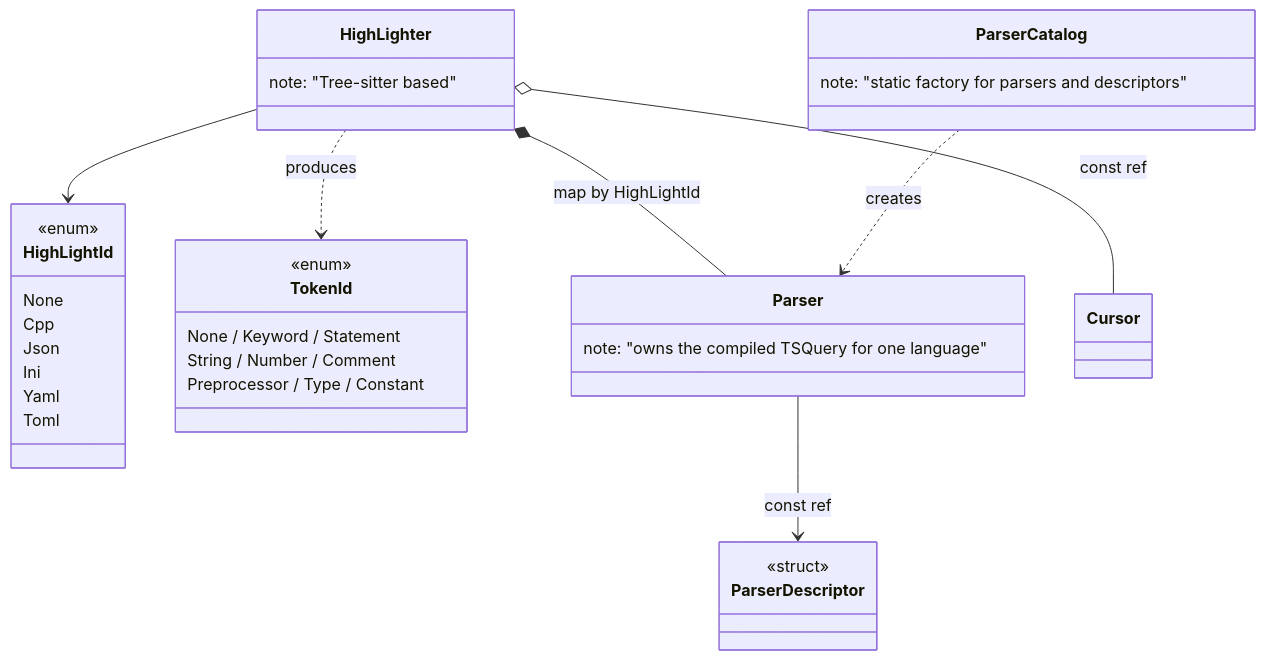
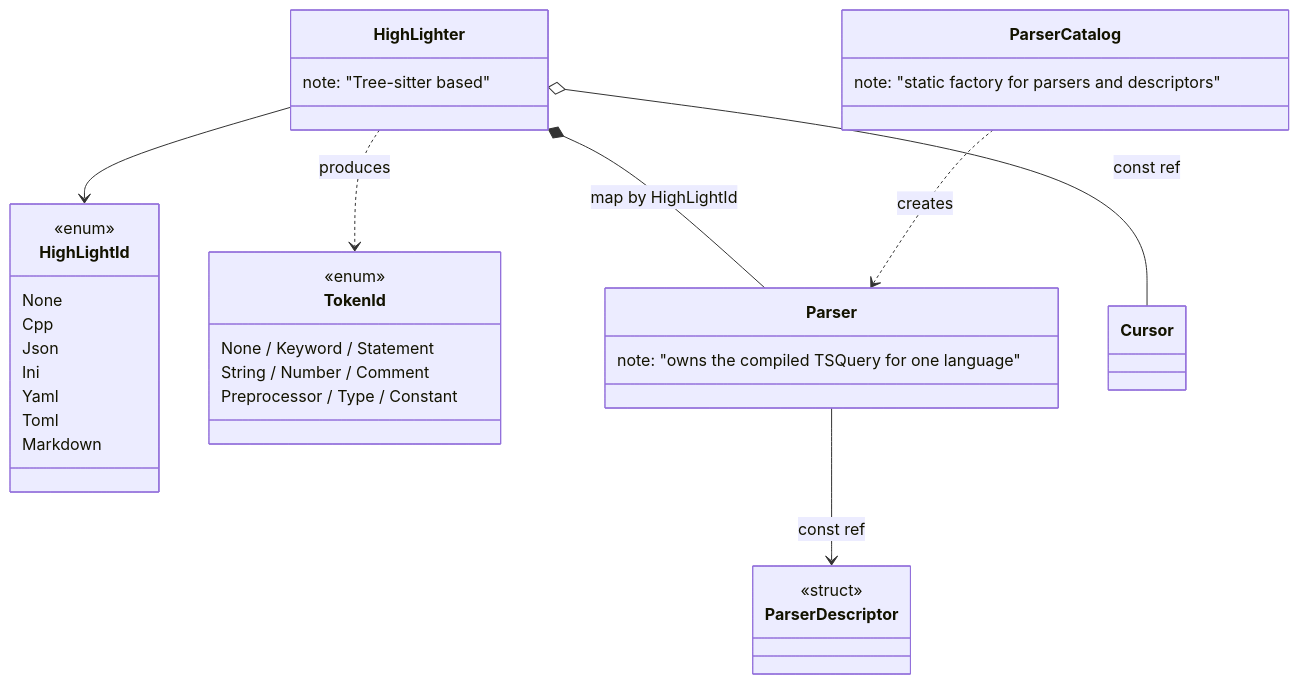
The fifth of 10 diagrams in docs/class_diagram.md (notnotme/bbloc), drawn with Mermaid before and after one commit. The commit also changed 7 other files, not shown here.

````diff
--- a/docs/class_diagram.md
+++ b/docs/class_diagram.md
@@ -133,38 +133,39 @@
 ```mermaid
 classDiagram
     class HighLighter {
         note: "Tree-sitter based"
     }
     class HighLightId {
         <<enum>>
         None
         Cpp
         Json
         Ini
         Yaml
         Toml
+        Markdown
     }
     class TokenId {
         <<enum>>
         None / Keyword / Statement
         String / Number / Comment
         Preprocessor / Type / Constant
     }
     class Parser {
         note: "owns the compiled TSQuery for one language"
     }
     class ParserDescriptor {
         <<struct>>
     }
     class ParserCatalog {
         note: "static factory for parsers and descriptors"
     }
     class Cursor
 
     HighLighter o-- Cursor : const ref
     HighLighter *-- Parser : map by HighLightId
     Parser --> ParserDescriptor : const ref
     ParserCatalog ..> Parser : creates
     HighLighter --> HighLightId
     HighLighter ..> TokenId : produces
 ```
````
